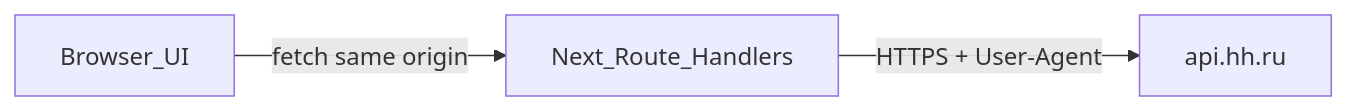
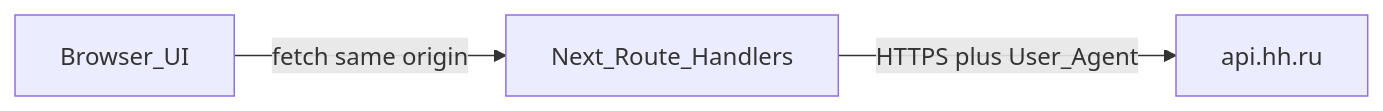
The diagram in DOCS/ARCHITECTURE.md (ioffida/rabotaby-parser), drawn with Mermaid before and after one commit. The commit also changed other lines of this file and 13 other files, not shown here.

````diff
--- a/DOCS/ARCHITECTURE.md
+++ b/DOCS/ARCHITECTURE.md
@@ -15,8 +17,8 @@
 ```mermaid
 flowchart LR
   Browser[Browser_UI]
   NextAPI[Next_Route_Handlers]
   HHAPI[api.hh.ru]
   Browser -->|fetch same origin| NextAPI
-  NextAPI -->|HTTPS + User-Agent| HHAPI
+  NextAPI -->|HTTPS plus User_Agent| HHAPI
 ```
````
